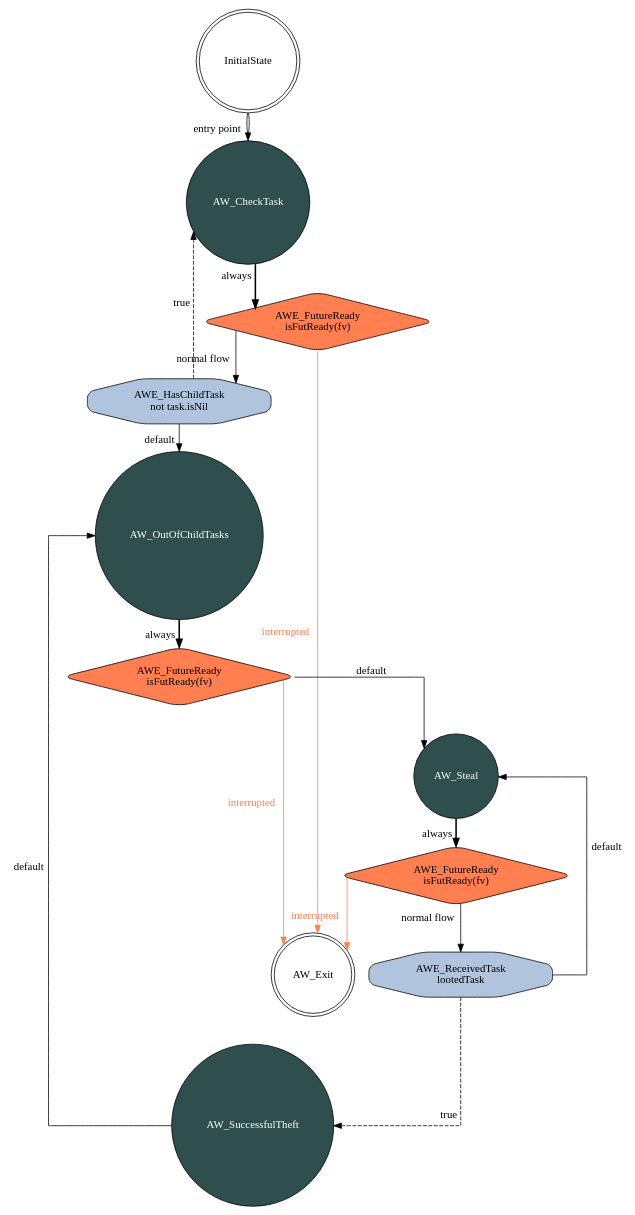
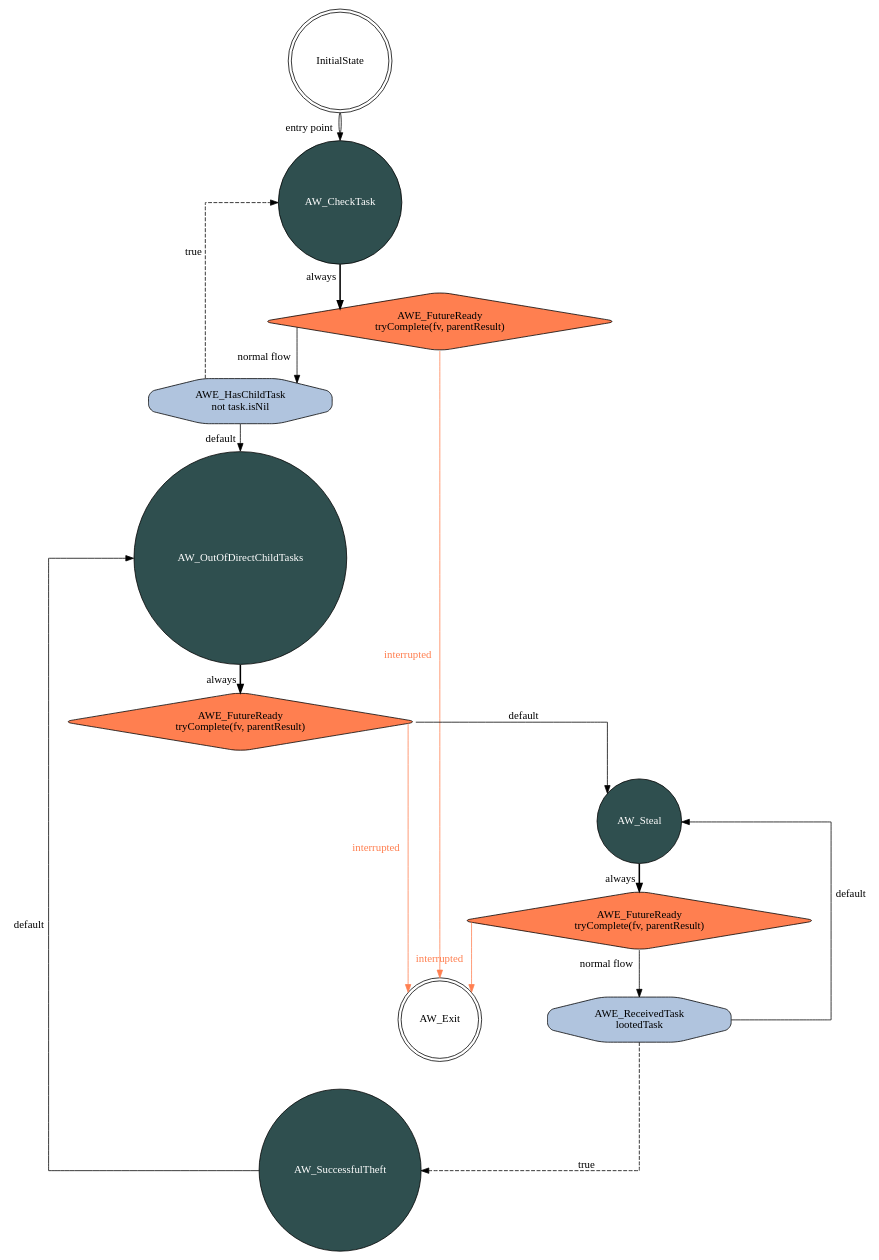
Before and after one commit to mratsim/weave: the diagram in weave/state_machines/sync.dot, drawn with Graphviz. The commit also changed 7 other files, not shown here.

First line of the commit message:
Expose isReady to check if sync will block (#123 #22) (#124)

```diff
--- a/weave/state_machines/sync.dot
+++ b/weave/state_machines/sync.dot
@@ -1,27 +1,27 @@
 digraph awaitFSA{
     splines=ortho;
     node [shape = doublecircle]; InitialState AW_Exit;
-    node [shape = circle, fontcolor=white, fillcolor=darkslategrey, style="filled"]; AW_Steal AW_SuccessfulTheft AW_CheckTask AW_OutOfChildTasks;
+    node [shape = circle, fontcolor=white, fillcolor=darkslategrey, style="filled"]; AW_Steal AW_SuccessfulTheft AW_CheckTask AW_OutOfDirectChildTasks;
     InitialState -> AW_CheckTask [color="black:invis:black", xlabel="entry point"];
     node [shape = octagon, fontcolor=black, fillcolor=lightsteelblue, style="rounded,filled"]; AW_Steal_AWE_ReceivedTask AW_CheckTask_AWE_HasChildTask ;
-    node [shape = diamond, fontcolor=black, fillcolor=coral, style="rounded,filled"]; AW_Steal_AWE_FutureReady AW_CheckTask_AWE_FutureReady AW_OutOfChildTasks_AWE_FutureReady ;
+    node [shape = diamond, fontcolor=black, fillcolor=coral, style="rounded,filled"]; AW_Steal_AWE_FutureReady AW_CheckTask_AWE_FutureReady AW_OutOfDirectChildTasks_AWE_FutureReady ;
     AW_Steal_AWE_ReceivedTask [label="AWE_ReceivedTask\nlootedTask"];
     AW_CheckTask_AWE_HasChildTask [label="AWE_HasChildTask\nnot task.isNil"];
-    AW_Steal_AWE_FutureReady [label="AWE_FutureReady\nisFutReady(fv)"];
-    AW_CheckTask_AWE_FutureReady [label="AWE_FutureReady\nisFutReady(fv)"];
-    AW_OutOfChildTasks_AWE_FutureReady [label="AWE_FutureReady\nisFutReady(fv)"];
+    AW_Steal_AWE_FutureReady [label="AWE_FutureReady\ntryComplete(fv, parentResult)"];
+    AW_CheckTask_AWE_FutureReady [label="AWE_FutureReady\ntryComplete(fv, parentResult)"];
+    AW_OutOfDirectChildTasks_AWE_FutureReady [label="AWE_FutureReady\ntryComplete(fv, parentResult)"];
     AW_Steal -> AW_Steal_AWE_FutureReady[style=bold, xlabel="always"];
     AW_Steal_AWE_FutureReady -> AW_Exit [color="coral", fontcolor="coral", xlabel="interrupted"];
     AW_Steal_AWE_FutureReady -> AW_Steal_AWE_ReceivedTask[xlabel="normal flow"];
     AW_Steal_AWE_ReceivedTask -> AW_SuccessfulTheft [style=dashed, xlabel="true"];
     AW_Steal_AWE_ReceivedTask -> AW_Steal [xlabel="default"];
-    AW_SuccessfulTheft -> AW_OutOfChildTasks [xlabel="default"];
+    AW_SuccessfulTheft -> AW_OutOfDirectChildTasks [xlabel="default"];
     AW_CheckTask -> AW_CheckTask_AWE_FutureReady[style=bold, xlabel="always"];
     AW_CheckTask_AWE_FutureReady -> AW_Exit [color="coral", fontcolor="coral", xlabel="interrupted"];
     AW_CheckTask_AWE_FutureReady -> AW_CheckTask_AWE_HasChildTask[xlabel="normal flow"];
     AW_CheckTask_AWE_HasChildTask -> AW_CheckTask [style=dashed, xlabel="true"];
-    AW_CheckTask_AWE_HasChildTask -> AW_OutOfChildTasks [xlabel="default"];
-    AW_OutOfChildTasks -> AW_OutOfChildTasks_AWE_FutureReady[style=bold, xlabel="always"];
-    AW_OutOfChildTasks_AWE_FutureReady -> AW_Exit [color="coral", fontcolor="coral", xlabel="interrupted"];
-    AW_OutOfChildTasks_AWE_FutureReady -> AW_Steal [xlabel="default"];
+    AW_CheckTask_AWE_HasChildTask -> AW_OutOfDirectChildTasks [xlabel="default"];
+    AW_OutOfDirectChildTasks -> AW_OutOfDirectChildTasks_AWE_FutureReady[style=bold, xlabel="always"];
+    AW_OutOfDirectChildTasks_AWE_FutureReady -> AW_Exit [color="coral", fontcolor="coral", xlabel="interrupted"];
+    AW_OutOfDirectChildTasks_AWE_FutureReady -> AW_Steal [xlabel="default"];
 }
```
